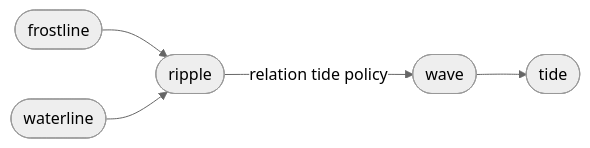
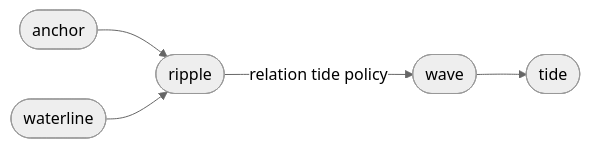
The diagram in sirno-lake/tide.md (Gorgeous-Patrick/sirno), drawn with Mermaid (neutral theme) before and after one commit. The commit also changed other lines of this file and 25 other files, not shown here.

````diff
--- a/sirno-lake/tide.md
+++ b/sirno-lake/tide.md
@@ -22,12 +22,12 @@
 ```mermaid
 flowchart LR
-    frostline([frostline])
+    anchor([anchor])
     waterline([waterline])
     ripple([ripple])
     wave([wave])
     tide([tide])
-    frostline --> ripple
+    anchor --> ripple
     waterline --> ripple
     ripple -->|relation tide policy| wave
     wave --> tide
 ```
````
